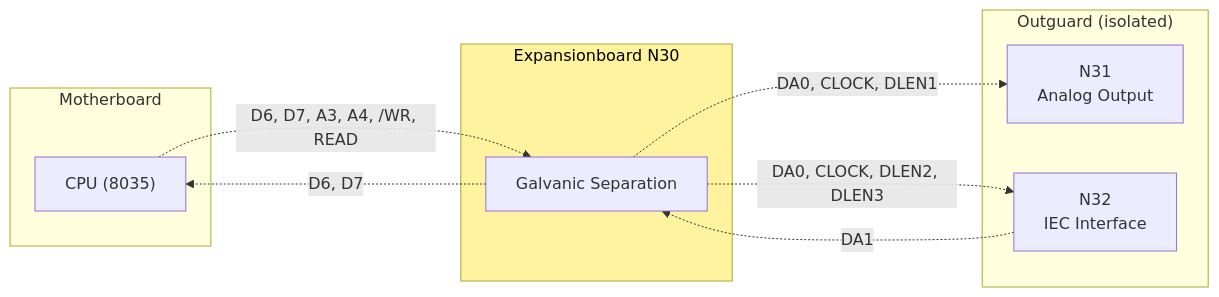
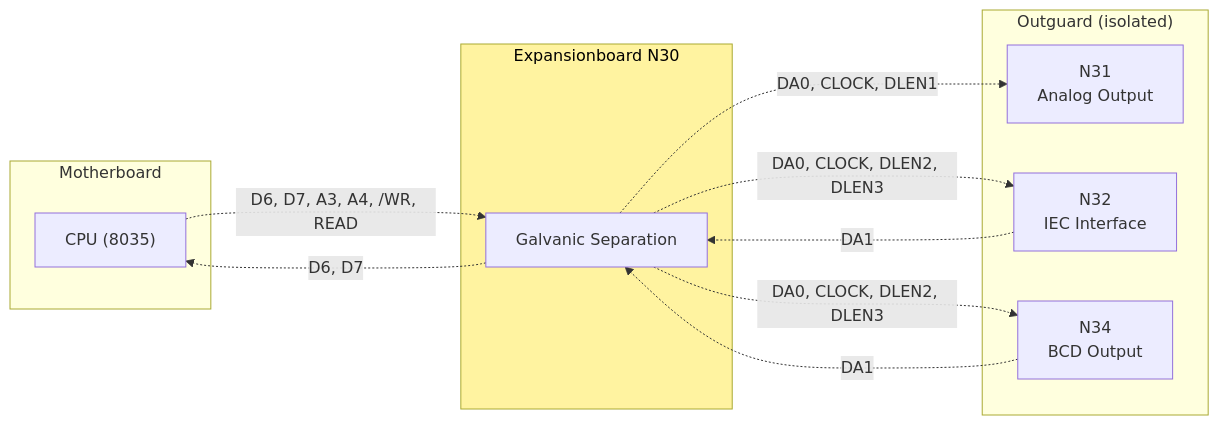
One commit to deqit/PhilipsPM2528 changed the diagram in Deepdive/N30/README.md. Above: the diagram before and after it, drawn with Mermaid. The commit also changed other lines of this file and 116 other files, not shown here.

````diff
--- a/Deepdive/N30/README.md
+++ b/Deepdive/N30/README.md
@@ -16,19 +16,22 @@
 ```mermaid
 flowchart LR
     subgraph N1["Motherboard"]
         CPU["CPU (8035)"]
     end
     subgraph N30["Expansionboard N30"]
         GS["Galvanic Separation"]
     end
     subgraph OG["Outguard (isolated)"]
         N31["N31<br/>Analog Output"]
         N32["N32<br/>IEC Interface"]
+        N34["N34<br/>BCD Output"]
     end
     CPU -. "D6, D7, A3, A4, /WR, READ" .-> GS
     GS -. "D6, D7" .-> CPU
     GS -. "DA0, CLOCK, DLEN1" .-> N31
     GS -. "DA0, CLOCK, DLEN2, DLEN3" .-> N32
     N32 -. "DA1" .-> GS
+    GS -. "DA0, CLOCK, DLEN2, DLEN3" .-> N34
+    N34 -. "DA1" .-> GS
     style N30 fill:#fff3a0,color:#000
 ```
````
